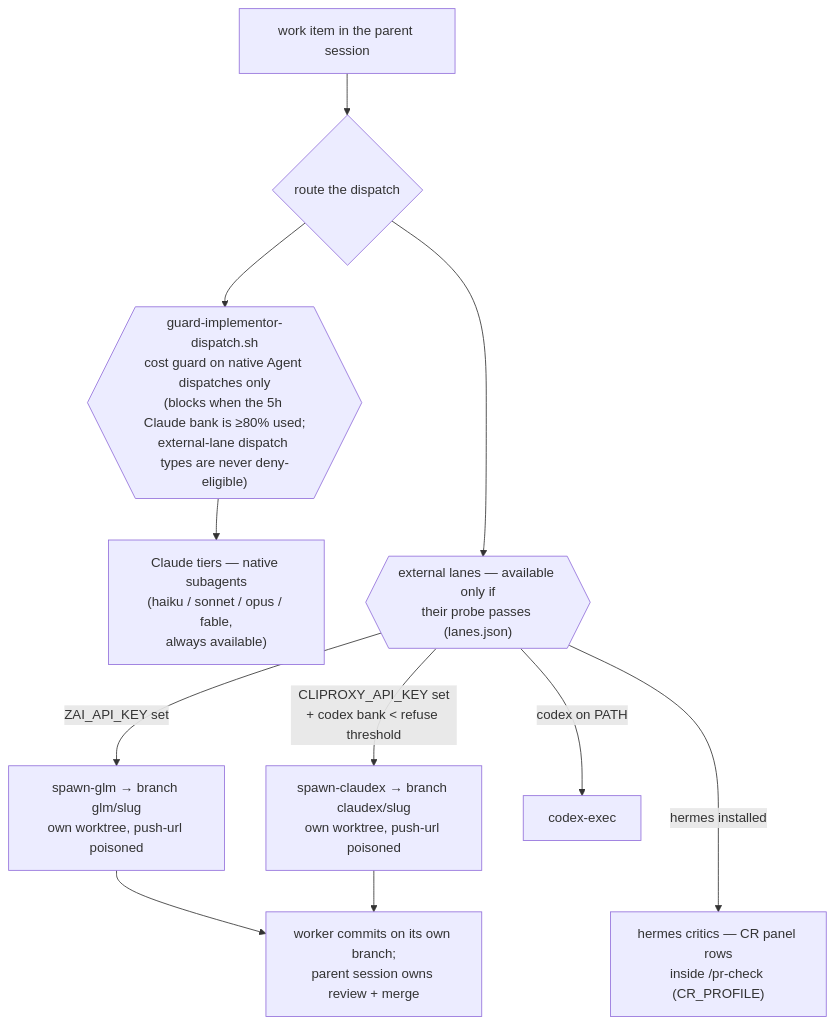
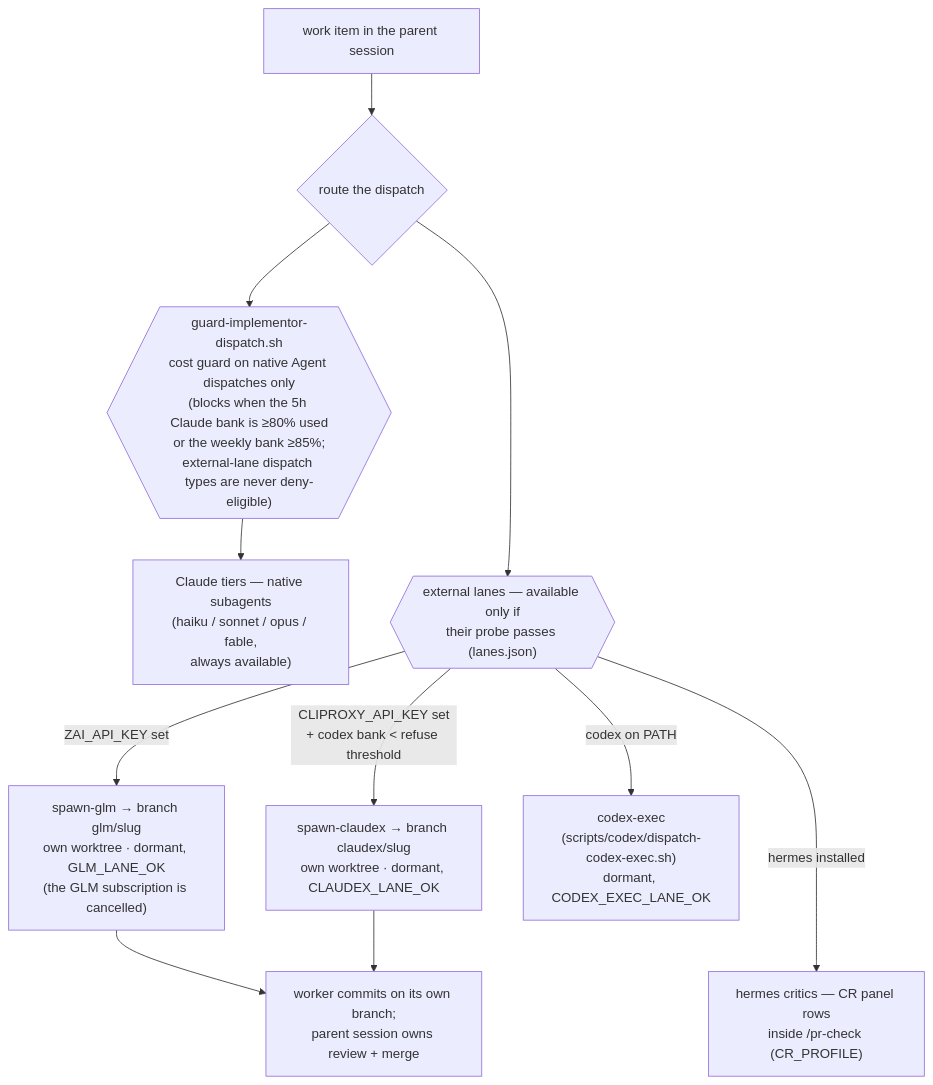
One commit to yotamleo-org/Himmel changed the fourth of 4 diagrams in docs/configuration.md. Above: the diagram before and after it, drawn with Mermaid. The commit also changed other lines of this file and 1 other file, not shown here.

Commit message:
docs(docs-site): [HIMMEL-7480] every diagram names what the code at HEAD has
Checked each node and edge of the 10 diagrams against the code. Fixed:
the CR marker is cleared by clear-review-marker.sh; luna_brain is a legacy
bucket; arm-resume no longer shows the unsupported Windows scheduler; the
Jira CLI has 45 verbs; windows_exporter is Windows only; Grafana alerts reach
Telegram through the cadence-alert webhook; himmel-health.json is a provisioned
dashboard; the GLM, claudex and codex-exec lanes are dormant and opt-in; the
push-url tripwire is gone; the dispatch guard also refuses at 85% weekly; the
Telegram privileged path covers /restart and the other typed ops.

````diff
--- a/docs/configuration.md
+++ b/docs/configuration.md
@@ -275,15 +275,15 @@
 ```mermaid
 flowchart TD
     WORK["work item in the parent session"] --> ROUTE{"route the dispatch"}
-    ROUTE --> GUARD{{"guard-implementor-dispatch.sh<br/>cost guard on native Agent dispatches only<br/>(blocks when the 5h Claude bank is ≥80% used;<br/>external-lane dispatch types are never deny-eligible)"}}
+    ROUTE --> GUARD{{"guard-implementor-dispatch.sh<br/>cost guard on native Agent dispatches only<br/>(blocks when the 5h Claude bank is ≥80% used<br/>or the weekly bank ≥85%;<br/>external-lane dispatch types are never deny-eligible)"}}
     GUARD --> TIER["Claude tiers — native subagents<br/>(haiku / sonnet / opus / fable,<br/>always available)"]
     ROUTE --> EXT{{"external lanes — available only if<br/>their probe passes (lanes.json)"}}
-    EXT -->|"ZAI_API_KEY set"| GLM["spawn-glm → branch glm/slug<br/>own worktree, push-url poisoned"]
-    EXT -->|"CLIPROXY_API_KEY set<br/>+ codex bank < refuse threshold"| CLX["spawn-claudex → branch claudex/slug<br/>own worktree, push-url poisoned"]
-    EXT -->|"codex on PATH"| CDX["codex-exec"]
+    EXT -->|"ZAI_API_KEY set"| GLM["spawn-glm → branch glm/slug<br/>own worktree · dormant, GLM_LANE_OK<br/>(the GLM subscription is cancelled)"]
+    EXT -->|"CLIPROXY_API_KEY set<br/>+ codex bank < refuse threshold"| CLX["spawn-claudex → branch claudex/slug<br/>own worktree · dormant, CLAUDEX_LANE_OK"]
+    EXT -->|"codex on PATH"| CDX["codex-exec<br/>(scripts/codex/dispatch-codex-exec.sh)<br/>dormant, CODEX_EXEC_LANE_OK"]
     EXT -->|"hermes installed"| HRM["hermes critics — CR panel rows<br/>inside /pr-check (CR_PROFILE)"]
     CDX ~~~ HRM
     GUARD ~~~ EXT
     GLM --> BACK["worker commits on its own branch;<br/>parent session owns review + merge"]
     CLX --> BACK
 ```
````
